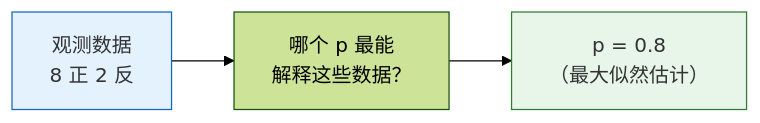
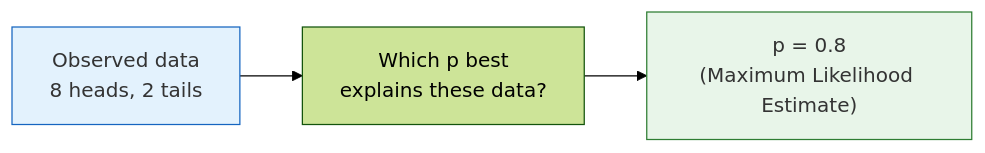
The first of 3 diagrams in docs/ch04-ai-math/ch02-probability/03-statistical-inference.md (oudbiao/AI-fullstack-course), drawn with Mermaid (forest theme) before and after one commit. The commit also changed other lines of this file and 1406 other files, not shown here.

````diff
--- a/docs/ch04-ai-math/ch02-probability/03-statistical-inference.md
+++ b/docs/ch04-ai-math/ch02-probability/03-statistical-inference.md
@@ -127,8 +127,8 @@
 ```mermaid
 flowchart LR
-    D["观测数据<br/>8 正 2 反"] --> Q["哪个 p 最能<br/>解释这些数据？"]
-    Q --> MLE["p = 0.8<br/>（最大似然估计）"]
+    D["Observed data<br/>8 heads, 2 tails"] --> Q["Which p best<br/>explains these data?"]
+    Q --> MLE["p = 0.8<br/>(Maximum Likelihood Estimate)"]
 
     style D fill:#e3f2fd,stroke:#1565c0,color:#333
     style MLE fill:#e8f5e9,stroke:#2e7d32,color:#333
 ```
````
